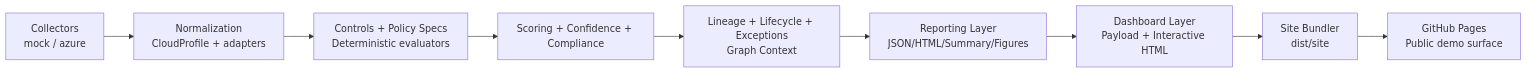
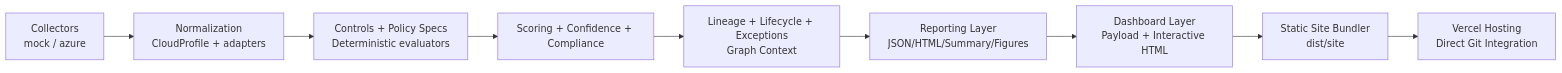
Before and after one commit to m-khan-97/CRIS-SME: the first of 3 diagrams in README.md, drawn with Mermaid. The commit also changed other lines of this file and 8 other files, not shown here.

Commit message:
docs: migrate deployment documentation from GitHub Pages to Vercel

````diff
--- a/README.md
+++ b/README.md
@@ -49,11 +50,11 @@
 ```mermaid
 flowchart LR
     A[Collectors\nmock / azure] --> B[Normalization\nCloudProfile + adapters]
     B --> C[Controls + Policy Specs\nDeterministic evaluators]
     C --> D[Scoring + Confidence + Compliance]
     D --> E[Lineage + Lifecycle + Exceptions\nGraph Context]
     E --> F[Reporting Layer\nJSON/HTML/Summary/Figures]
     F --> G[Dashboard Layer\nPayload + Interactive HTML]
-    G --> H[Site Bundler\ndist/site]
-    H --> I[GitHub Pages\nPublic demo surface]
+    G --> H[Static Site Bundler\ndist/site]
+    H --> I[Vercel Hosting\nDirect Git Integration]
 ```
````
